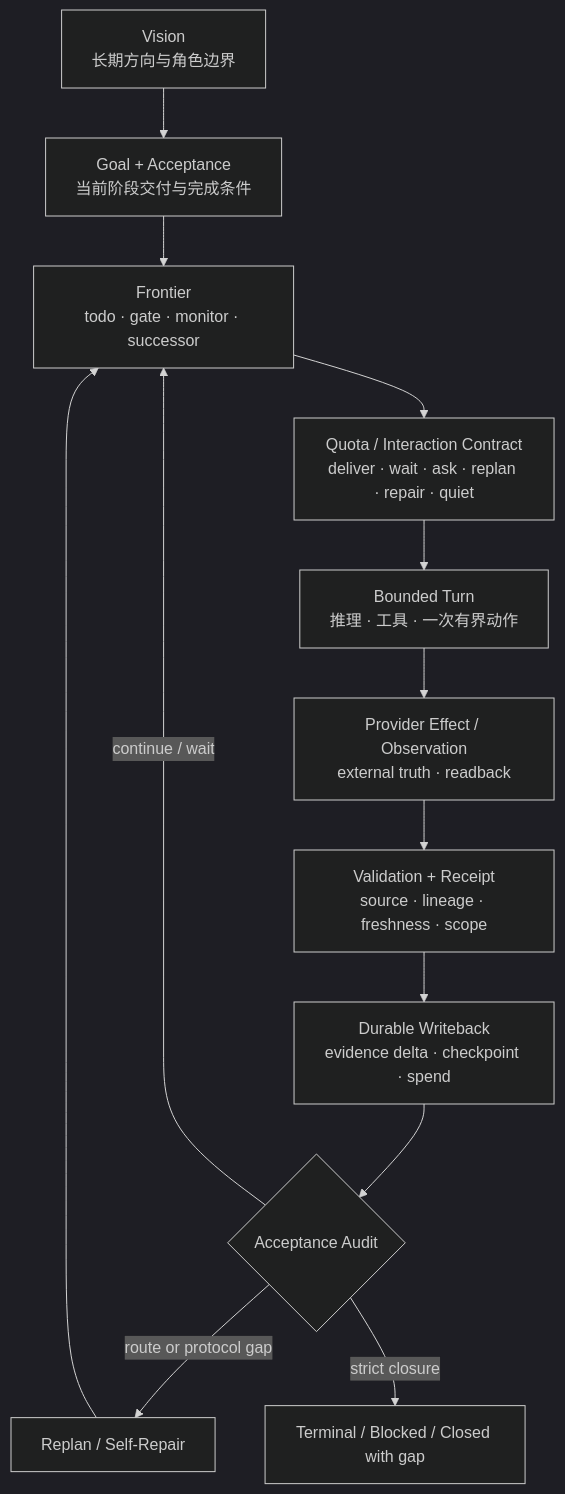
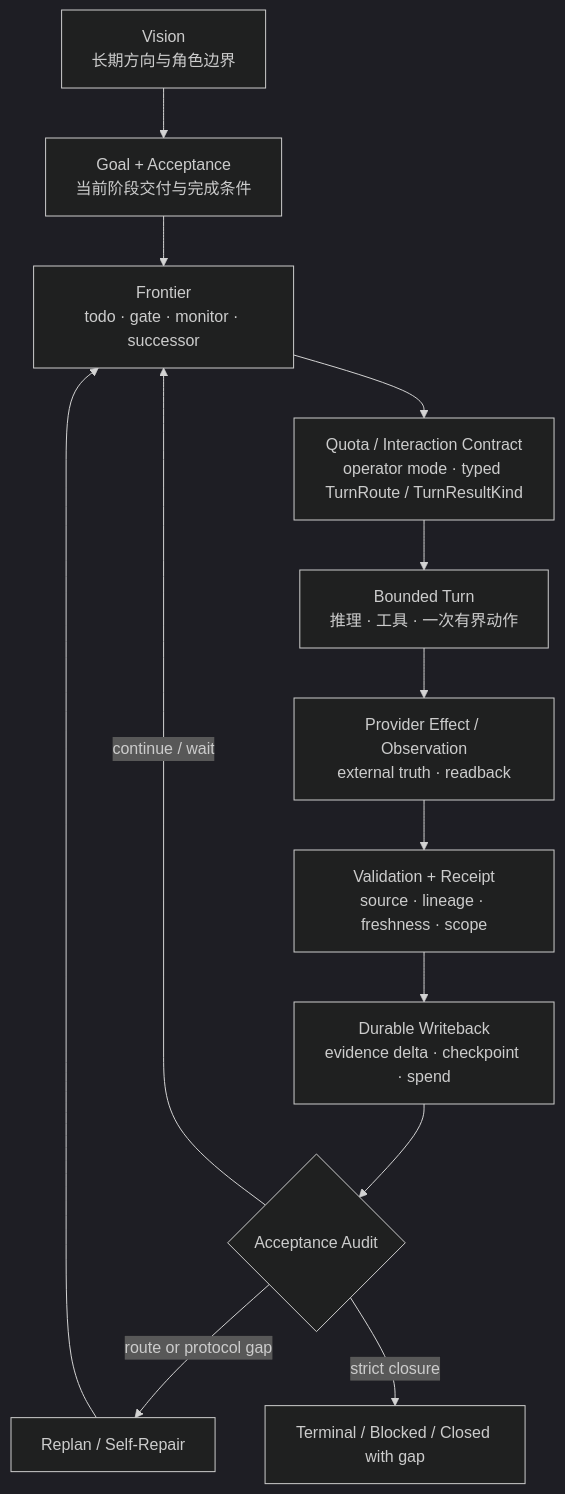
Before and after one commit to Alicecooo/loopx: the diagram in docs/development/control-plane-course/topic-long-horizon-convergence.md, drawn with Mermaid (dark theme). The commit also changed other lines of this file and 4 other files, not shown here.

First line of the commit message:
docs: align architecture inventory with shipped Turn contracts (#2763)

````diff
--- a/docs/development/control-plane-course/topic-long-horizon-convergence.md
+++ b/docs/development/control-plane-course/topic-long-horizon-convergence.md
@@ -262,27 +262,27 @@
 ```mermaid
 flowchart TD
   V["Vision<br/>长期方向与角色边界"]
   G["Goal + Acceptance<br/>当前阶段交付与完成条件"]
   F["Frontier<br/>todo · gate · monitor · successor"]
-  Q["Quota / Interaction Contract<br/>deliver · wait · ask · replan · repair · quiet"]
+  Q["Quota / Interaction Contract<br/>operator mode · typed TurnRoute / TurnResultKind"]
   T["Bounded Turn<br/>推理 · 工具 · 一次有界动作"]
   P["Provider Effect / Observation<br/>external truth · readback"]
   E["Validation + Receipt<br/>source · lineage · freshness · scope"]
   W["Durable Writeback<br/>evidence delta · checkpoint · spend"]
   A{"Acceptance Audit"}
   R["Replan / Self-Repair"]
   S["Terminal / Blocked / Closed with gap"]
 
   V --> G
   G --> F
   F --> Q
   Q --> T
   T --> P
   P --> E
   E --> W
   W --> A
   A -->|"continue / wait"| F
   A -->|"route or protocol gap"| R
   R --> F
   A -->|"strict closure"| S
 ```
````
